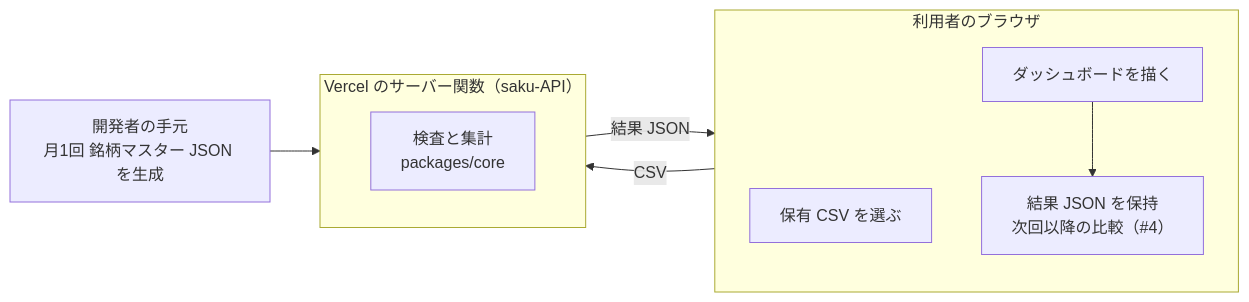
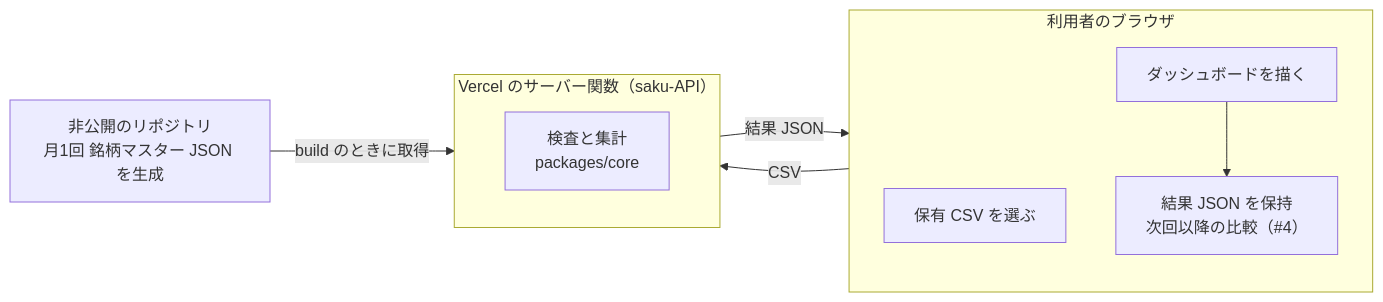
The first of 2 diagrams in docs/design.md (gunji-m/sakuforge), drawn with Mermaid before and after one commit. The commit also changed other lines of this file and 2 other files, not shown here.

First line of the commit message:
docs: 銘柄マスターの準備計画（置き場、JSON の形、配備への組み込み、月次の差し替え）を設計に書く

````diff
--- a/docs/design.md
+++ b/docs/design.md
@@ -10,18 +10,18 @@
 ```mermaid
 flowchart LR
   subgraph browser["利用者のブラウザ"]
     direction TB
     pick["保有 CSV を選ぶ"]
     view["ダッシュボードを描く"]
     keep["結果 JSON を保持<br/>次回以降の比較（#4）"]
   end
   subgraph vercel["Vercel のサーバー関数（saku-API）"]
     direction TB
     core["検査と集計<br/>packages/core"]
   end
-  local["開発者の手元<br/>月1回 銘柄マスター JSON を生成"]
+  local["非公開のリポジトリ<br/>月1回 銘柄マスター JSON を生成"]
   pick -- CSV --> core
   core -- 結果 JSON --> view
   view --> keep
-  local --> core
+  local -- build のときに取得 --> core
 ```
````
